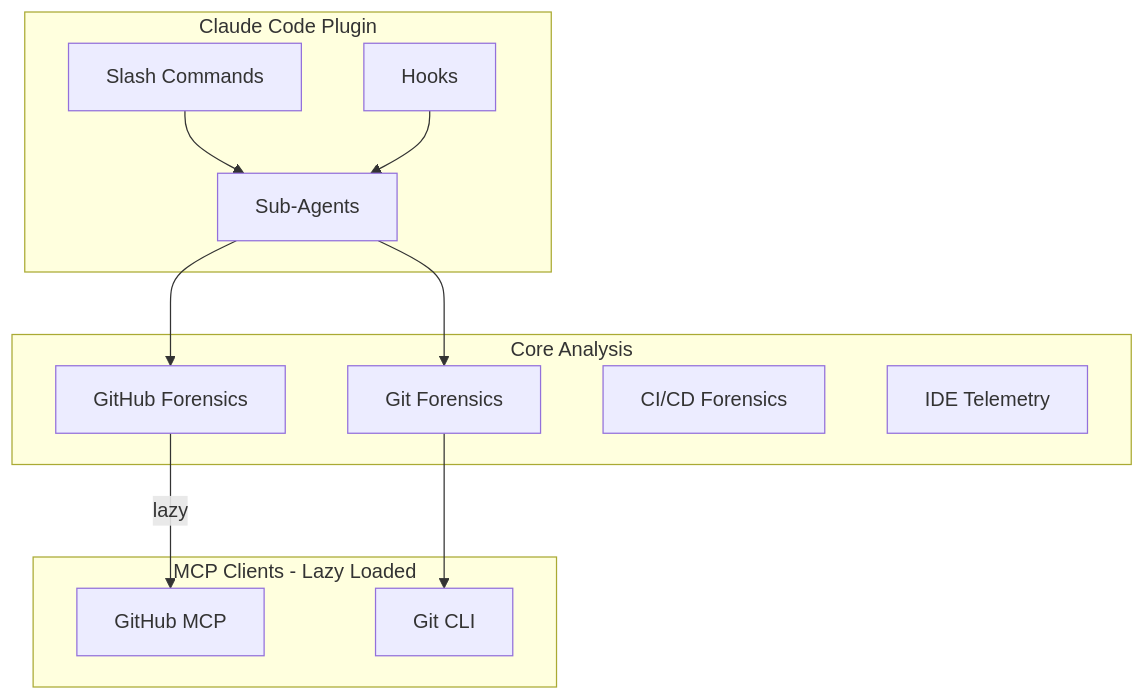
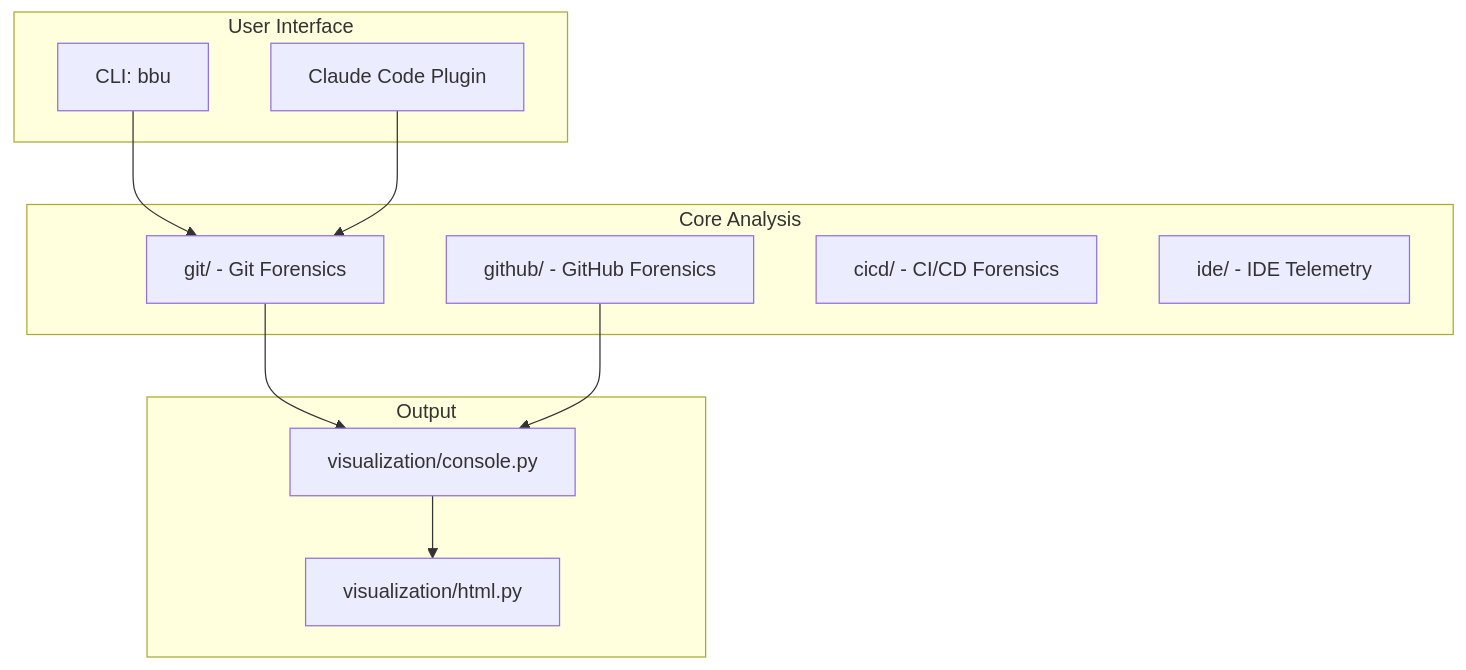
The diagram in CLAUDE.md (michael-denyer/black-box-unlock), drawn with Mermaid before and after one commit. The commit also changed other lines of this file and 2 other files, not shown here.

Commit message:
docs: add ARCHITECTURE.md with full project structure
- Create ARCHITECTURE.md documenting module organization, data models,
  forensic signals, design principles, and implementation roadmap
- Update CLAUDE.md to reference architecture doc and key files
- Track work in beads issue BBU-szf (now closed)

````diff
--- a/CLAUDE.md
+++ b/CLAUDE.md
@@ -11,27 +13,25 @@
 ```mermaid
 flowchart TD
-    subgraph Plugin["Claude Code Plugin"]
-        CMD[Slash Commands]
-        HOOK[Hooks]
-        AGT[Sub-Agents]
+    subgraph Interface["User Interface"]
+        CLI[CLI: bbu]
+        Plugin[Claude Code Plugin]
     end
 
     subgraph Core["Core Analysis"]
-        GIT[Git Forensics]
-        GH[GitHub Forensics]
-        CICD[CI/CD Forensics]
-        IDE[IDE Telemetry]
+        GIT[git/ - Git Forensics]
+        GH[github/ - GitHub Forensics]
+        CICD[cicd/ - CI/CD Forensics]
+        IDE[ide/ - IDE Telemetry]
     end
 
-    subgraph MCP["MCP Clients - Lazy Loaded"]
-        GHMCP[GitHub MCP]
-        GITMCP[Git CLI]
+    subgraph Output["Output"]
+        Console[visualization/console.py]
+        HTML[visualization/html.py]
     end
 
-    CMD --> AGT
-    HOOK --> AGT
-    AGT --> GIT
-    AGT --> GH
-    GH -->|lazy| GHMCP
-    GIT --> GITMCP
+    CLI --> GIT
+    Plugin --> GIT
+    GIT --> Console
+    GH --> Console
+    Console --> HTML
 ```
````
